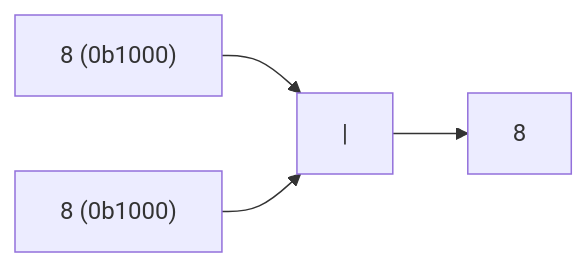
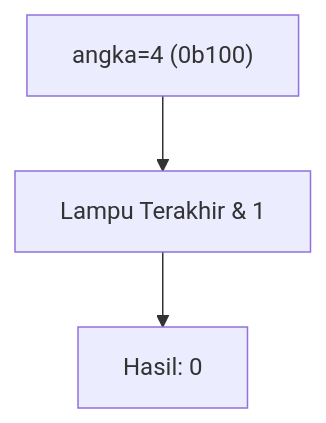
The fifth of 25 diagrams in part-c-pemahaman-cpp/06-bitwise/latihan/set-11.md (amnahwaida/OSNK_INF_PREP), drawn with Mermaid before and after one commit. The commit also changed other lines of this file and 71 other files, not shown here.

````diff
--- a/part-c-pemahaman-cpp/06-bitwise/latihan/set-11.md
+++ b/part-c-pemahaman-cpp/06-bitwise/latihan/set-11.md
@@ -126,6 +131,5 @@
 ```mermaid
-graph LR
-A["8 (0b1000)"] --> C["|"]
-B["8 (0b1000)"] --> C
-C --> D["8"]
+graph TD
+A["angka=4 (0b100)"] --> B["Lampu Terakhir & 1"]
+B --> C["Hasil: 0"]
 ```
````
